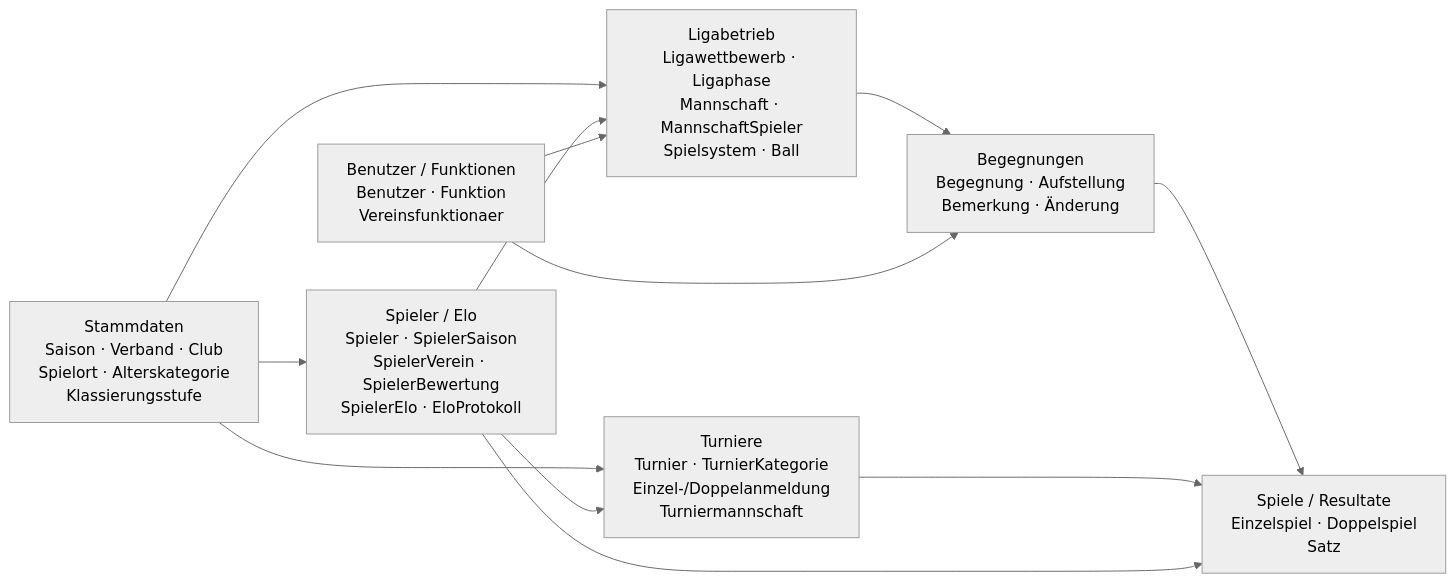
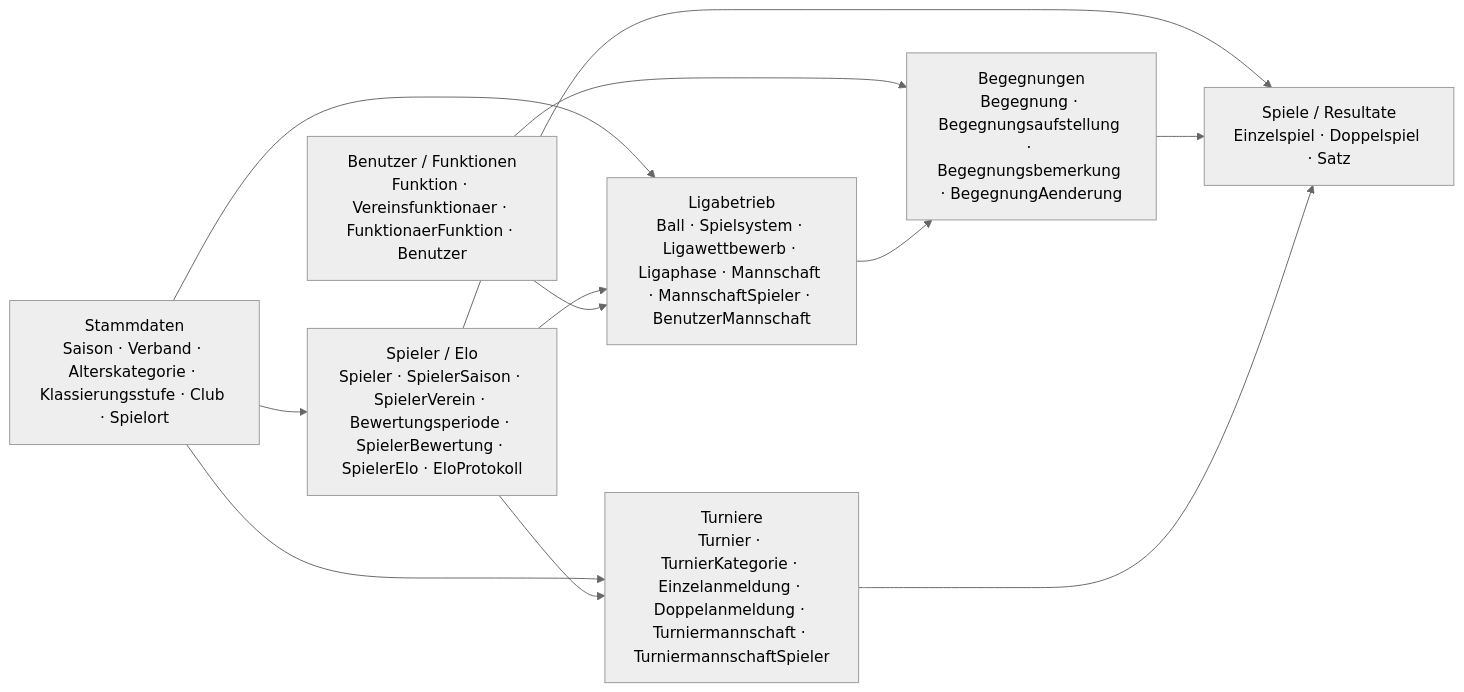
The first of 7 diagrams in docs/ER-Diagramm.md (19boboy97/STT-DB_Modularbeit2), drawn with Mermaid (neutral theme) before and after one commit. The commit also changed other lines of this file, not shown here.

Commit message:
Correct ER diagram schema details

````diff
--- a/docs/ER-Diagramm.md
+++ b/docs/ER-Diagramm.md
@@ -25,28 +19,22 @@
-``` mermaid
+```mermaid
 flowchart LR
-    Stammdaten["Stammdaten<br/>Saison · Verband · Club<br/>Spielort · Alterskategorie<br/>Klassierungsstufe"]
+    A["Stammdaten<br/>Saison · Verband · Alterskategorie · Klassierungsstufe · Club · Spielort"]
+    B["Spieler / Elo<br/>Spieler · SpielerSaison · SpielerVerein · Bewertungsperiode · SpielerBewertung · SpielerElo · EloProtokoll"]
+    C["Benutzer / Funktionen<br/>Funktion · Vereinsfunktionaer · FunktionaerFunktion · Benutzer"]
+    D["Ligabetrieb<br/>Ball · Spielsystem · Ligawettbewerb · Ligaphase · Mannschaft · MannschaftSpieler · BenutzerMannschaft"]
+    E["Begegnungen<br/>Begegnung · Begegnungsaufstellung · Begegnungsbemerkung · BegegnungAenderung"]
+    F["Turniere<br/>Turnier · TurnierKategorie · Einzelanmeldung · Doppelanmeldung · Turniermannschaft · TurniermannschaftSpieler"]
+    G["Spiele / Resultate<br/>Einzelspiel · Doppelspiel · Satz"]
 
-    Spieler["Spieler / Elo<br/>Spieler · SpielerSaison<br/>SpielerVerein · SpielerBewertung<br/>SpielerElo · EloProtokoll"]
-
-    Liga["Ligabetrieb<br/>Ligawettbewerb · Ligaphase<br/>Mannschaft · MannschaftSpieler<br/>Spielsystem · Ball"]
-
-    Begegnung["Begegnungen<br/>Begegnung · Aufstellung<br/>Bemerkung · Änderung"]
-
-    Spiele["Spiele / Resultate<br/>Einzelspiel · Doppelspiel<br/>Satz"]
-
-    Turnier["Turniere<br/>Turnier · TurnierKategorie<br/>Einzel-/Doppelanmeldung<br/>Turniermannschaft"]
-
-    Benutzer["Benutzer / Funktionen<br/>Benutzer · Funktion<br/>Vereinsfunktionaer"]
-
-    Stammdaten --> Spieler
-    Stammdaten --> Liga
-    Stammdaten --> Turnier
-    Spieler --> Liga
-    Liga --> Begegnung
-    Begegnung --> Spiele
-    Turnier --> Spiele
-    Spieler --> Turnier
-    Spieler --> Spiele
-    Benutzer --> Liga
-    Benutzer --> Begegnung
+    A --> B
+    A --> D
+    A --> F
+    B --> D
+    B --> F
+    B --> G
+    C --> D
+    C --> E
+    D --> E
+    E --> G
+    F --> G
 ```
````
